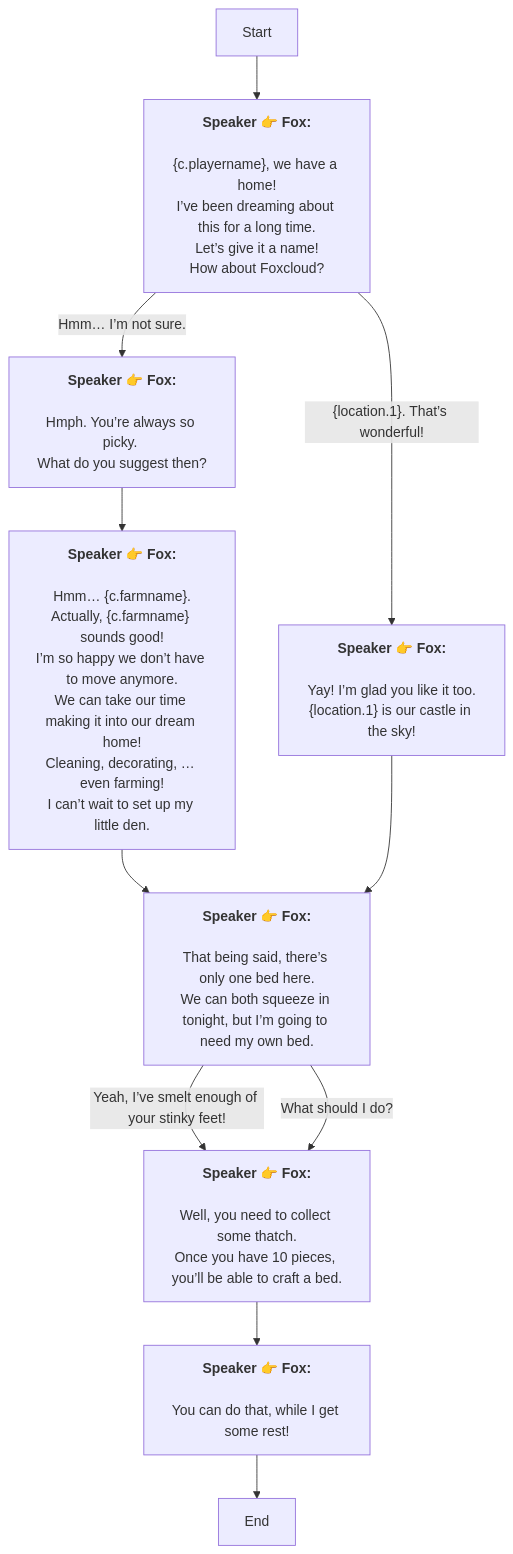
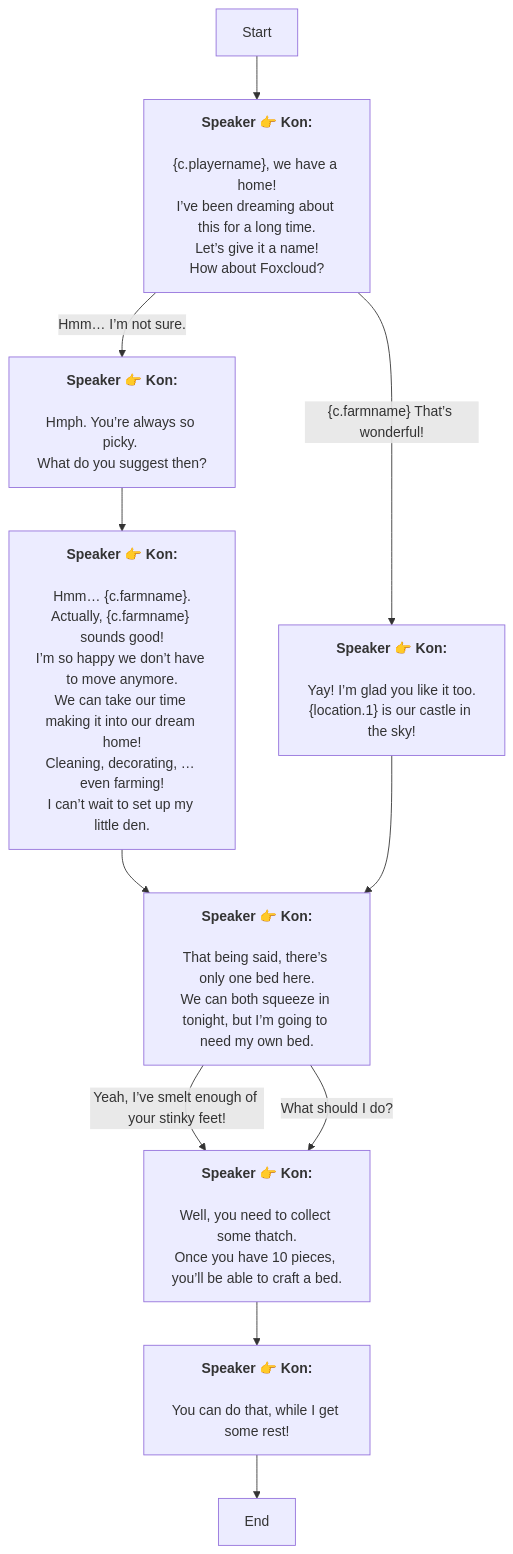
Before and after one commit to SoftHu/tos_avg: the diagram in En/QuestApproachDialogNode_1738387322740858.md, drawn with Mermaid. The commit also changed 730 other files, not shown here.

````diff
--- a/En/QuestApproachDialogNode_1738387322740858.md
+++ b/En/QuestApproachDialogNode_1738387322740858.md
@@ -1,35 +1,35 @@
 ```mermaid
 graph
-Start -->1738387958398078[<b>Speaker 👉 Fox:</b>
+Start -->1738387958398078[<b>Speaker 👉 Kon:</b>
 \n&lbrace;c.playername&rbrace;, we have a home!
 I’ve been dreaming about this for a long time.\nLet’s give it a name!
 How about Foxcloud?]
-1738387958398078 -->|&lbrace;location.1&rbrace;. That’s wonderful!|1738388341011589[<b>Speaker 👉 Fox:</b>
+1738387958398078 -->|Hmm… I’m not sure.|1738388286156932[<b>Speaker 👉 Kon:</b>
+\nHmph. You’re always so picky. 
+What do you suggest then?]
+1738387958398078 -->|&lbrace;c.farmname&rbrace; That’s wonderful!|1738388341011589[<b>Speaker 👉 Kon:</b>
 \nYay! I’m glad you like it too.
 &lbrace;location.1&rbrace; is our castle in the sky!]
-1738387958398078 -->|Hmm… I’m not sure.|1738388286156932[<b>Speaker 👉 Fox:</b>
-\nHmph. You’re always so picky. 
-What do you suggest then?]
-1738388286156932 -->1738995967017127[<b>Speaker 👉 Fox:</b>
+1738388286156932 -->1738995967017127[<b>Speaker 👉 Kon:</b>
 \nHmm… &lbrace;c.farmname&rbrace;.
 Actually, &lbrace;c.farmname&rbrace; sounds good!
 I’m so happy we don’t have to move anymore.\nWe can take our time making it into our dream home!
 Cleaning, decorating, … even farming!
 I can’t wait to set up my little den.]
-1738995967017127 -->1738388426918022[<b>Speaker 👉 Fox:</b>
+1738995967017127 -->1738388426918022[<b>Speaker 👉 Kon:</b>
 \nThat being said, there’s only one bed here.
 We can both squeeze in tonight, but I’m going to need my own bed.]
-1738388426918022 -->|Yeah, I’ve smelt enough of your stinky feet!|1738388688796813[<b>Speaker 👉 Fox:</b>
+1738388426918022 -->|Yeah, I’ve smelt enough of your stinky feet!|1738388688796813[<b>Speaker 👉 Kon:</b>
 \nWell, you need to collect some thatch.
 Once you have 10 pieces, you’ll be able to craft a bed.]
-1738388426918022 -->|What should I do?|1738388688796813[<b>Speaker 👉 Fox:</b>
+1738388426918022 -->|What should I do?|1738388688796813[<b>Speaker 👉 Kon:</b>
 \nWell, you need to collect some thatch.
 Once you have 10 pieces, you’ll be able to craft a bed.]
-1738388688796813 -->1738388750465166[<b>Speaker 👉 Fox:</b>
+1738388688796813 -->1738388750465166[<b>Speaker 👉 Kon:</b>
 \nYou can do that, while I get some rest!]
 1738388750465166 -->1738387476879485[End]
-1738388341011589 -->1738388426918022[<b>Speaker 👉 Fox:</b>
+1738388341011589 -->1738388426918022[<b>Speaker 👉 Kon:</b>
 \nThat being said, there’s only one bed here.
 We can both squeeze in tonight, but I’m going to need my own bed.]
 
 ```
````
